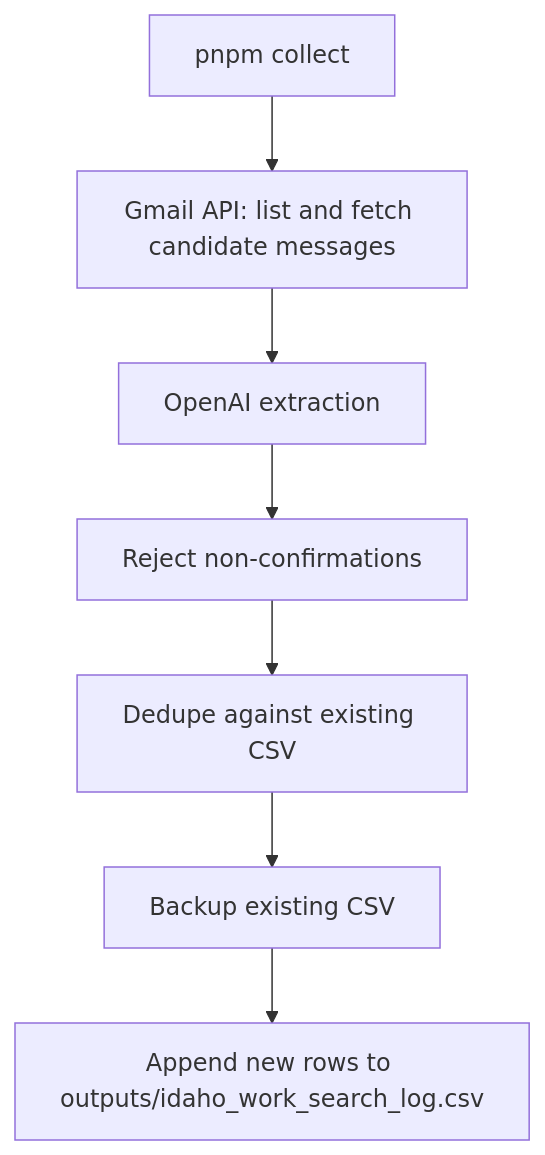
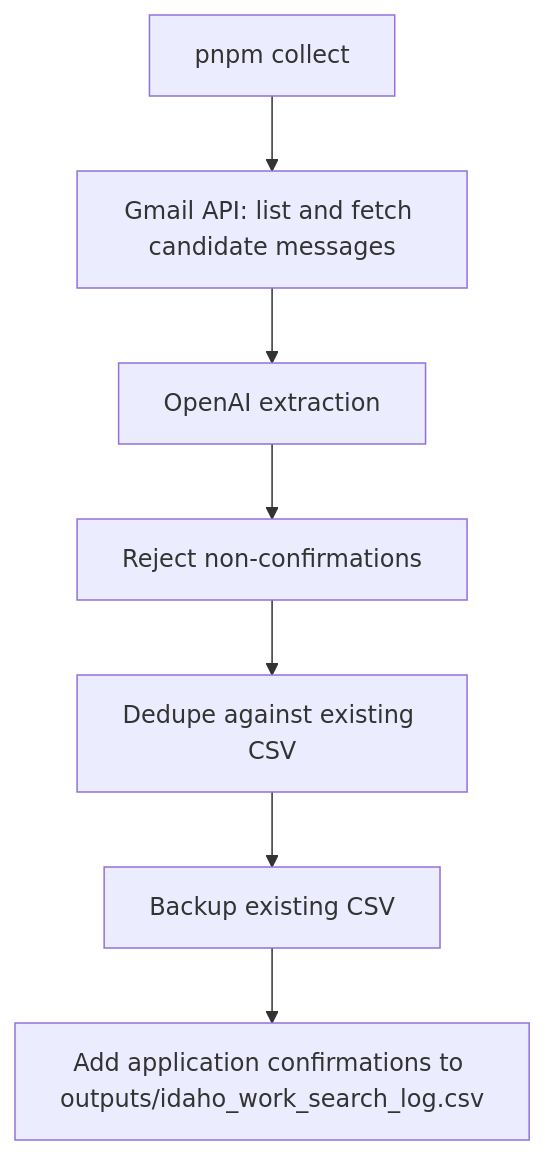
One commit to idahotallpaul/work-search-reporter changed the third of 5 diagrams in README.md. Above: the diagram before and after it, drawn with Mermaid. The commit also changed other lines of this file and 5 other files, not shown here.

````diff
--- a/README.md
+++ b/README.md
@@ -95,9 +73,9 @@
 ```mermaid
 flowchart TD
   A["pnpm collect"] --> B["Gmail API: list and fetch candidate messages"]
   B --> C["OpenAI extraction"]
   C --> D["Reject non-confirmations"]
   D --> E["Dedupe against existing CSV"]
   E --> F["Backup existing CSV"]
-  F --> G["Append new rows to outputs/idaho_work_search_log.csv"]
+  F --> G["Add application confirmations to outputs/idaho_work_search_log.csv"]
 ```
````
